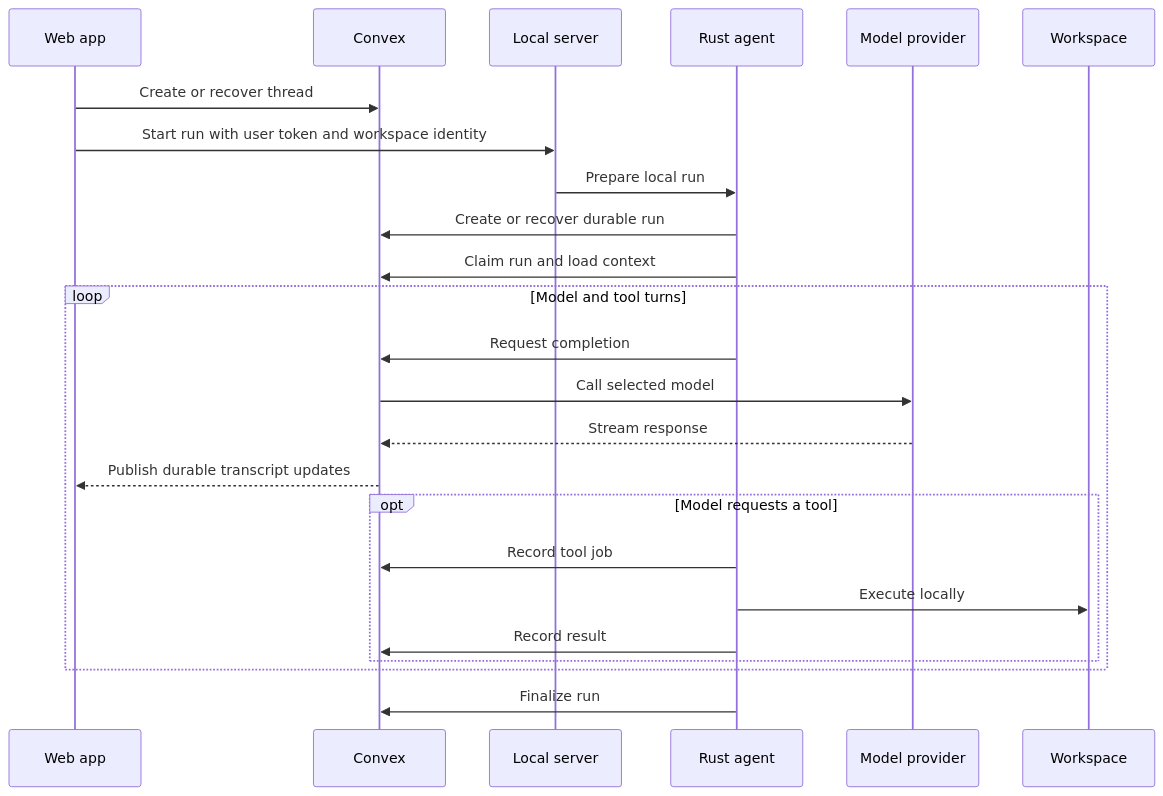
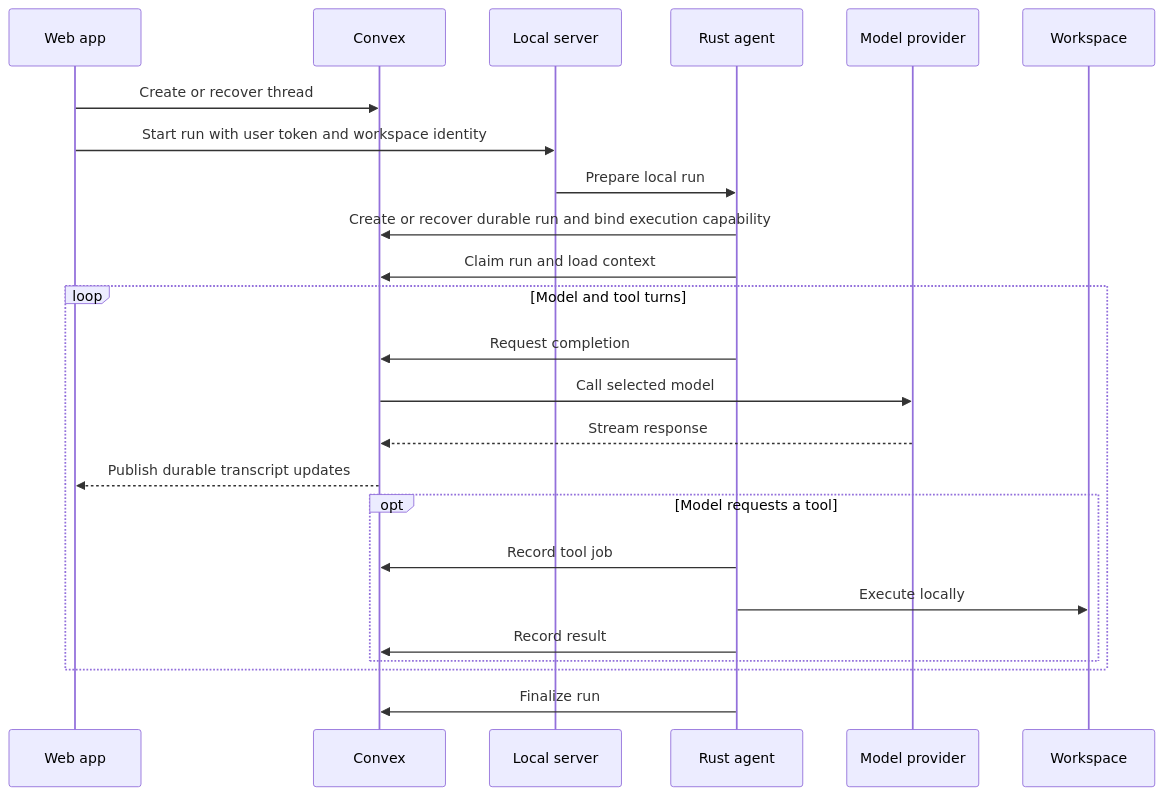
One commit to spikonado/sprocket changed the second of 2 diagrams in ARCHITECTURE.md. Above: the diagram before and after it, drawn with Mermaid. The commit also changed other lines of this file and 27 other files, not shown here.

````diff
--- a/ARCHITECTURE.md
+++ b/ARCHITECTURE.md
@@ -114,27 +114,27 @@
 ```mermaid
 sequenceDiagram
     participant UI as Web app
     participant C as Convex
     participant S as Local server
     participant A as Rust agent
     participant M as Model provider
     participant W as Workspace
 
     UI->>C: Create or recover thread
     UI->>S: Start run with user token and workspace identity
     S->>A: Prepare local run
-    A->>C: Create or recover durable run
+    A->>C: Create or recover durable run and bind execution capability
     A->>C: Claim run and load context
     loop Model and tool turns
         A->>C: Request completion
         C->>M: Call selected model
         M-->>C: Stream response
         C-->>UI: Publish durable transcript updates
         opt Model requests a tool
             A->>C: Record tool job
             A->>W: Execute locally
             A->>C: Record result
         end
     end
     A->>C: Finalize run
 ```
````
